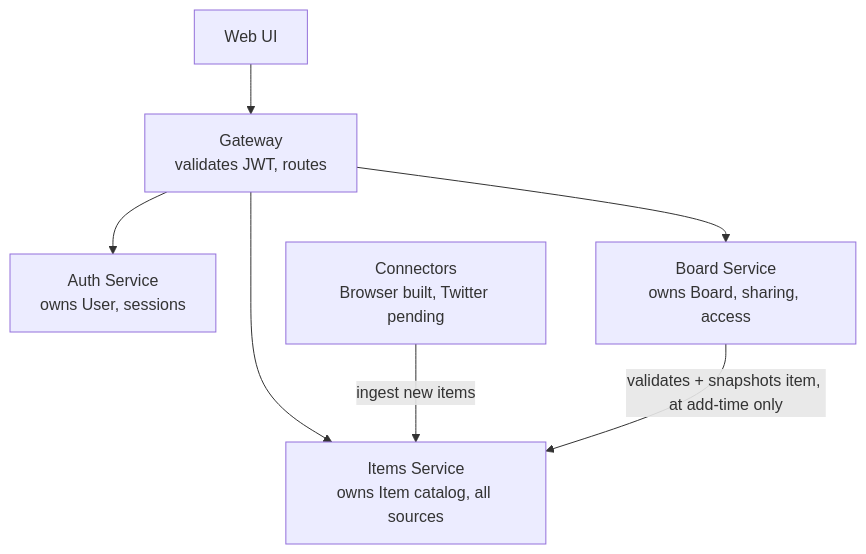
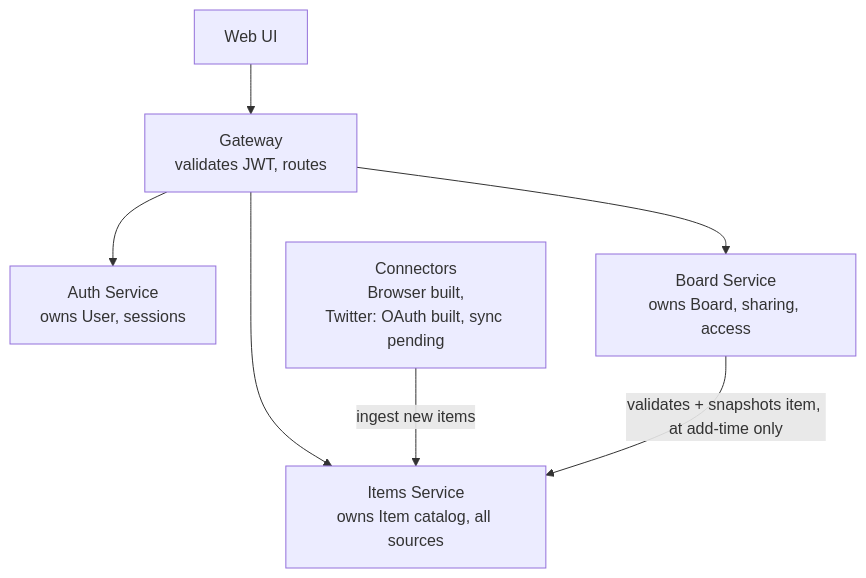
Before and after one commit to mehulp/study-hub: the third of 4 diagrams in docs/bookmarks-hub-architecture.md, drawn with Mermaid. The commit also changed other lines of this file and 15 other files, not shown here.

````diff
--- a/docs/bookmarks-hub-architecture.md
+++ b/docs/bookmarks-hub-architecture.md
@@ -130,9 +130,9 @@
 ```mermaid
 flowchart TD
     UI[Web UI] --> GW[Gateway<br/>validates JWT, routes]
     GW --> AUTH[Auth Service<br/>owns User, sessions]
     GW --> ITEMS[Items Service<br/>owns Item catalog, all sources]
     GW --> BOARD[Board Service<br/>owns Board, sharing, access]
-    CONN[Connectors<br/>Browser built, Twitter pending] -->|ingest new items| ITEMS
+    CONN[Connectors<br/>Browser built,<br/>Twitter: OAuth built, sync pending] -->|ingest new items| ITEMS
     BOARD -->|validates + snapshots item, at add-time only| ITEMS
 ```
````
